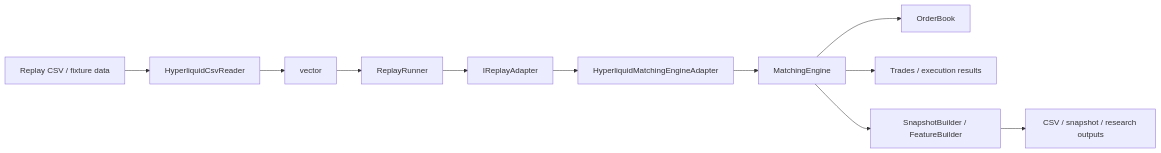
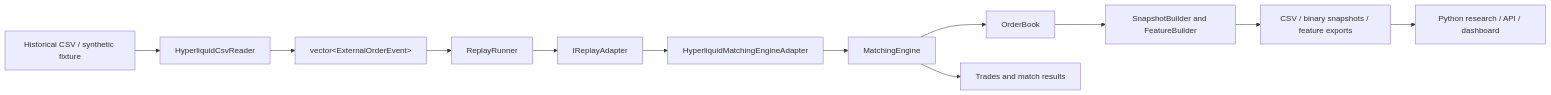
The first of 4 diagrams in docs/ARCHITECTURE.md (dong-quan-tran/Bookforge), drawn with Mermaid before and after one commit. The commit also changed other lines of this file, not shown here.

Commit message:
Align architecture docs with replay implementation

````diff
--- a/docs/ARCHITECTURE.md
+++ b/docs/ARCHITECTURE.md
@@ -30,13 +33,14 @@
 ```mermaid
 flowchart LR
-    A[Replay CSV / fixture data] --> B[HyperliquidCsvReader]
-    B --> C[vector<ExternalOrderEvent>]
+    A[Historical CSV / synthetic fixture] --> B[HyperliquidCsvReader]
+    B --> C[vector&lt;ExternalOrderEvent&gt;]
     C --> D[ReplayRunner]
     D --> E[IReplayAdapter]
     E --> F[HyperliquidMatchingEngineAdapter]
     F --> G[MatchingEngine]
     G --> H[OrderBook]
-    G --> I[Trades / execution results]
-    G --> J[SnapshotBuilder / FeatureBuilder]
-    J --> K[CSV / snapshot / research outputs]
+    G --> I[Trades and match results]
+    H --> J[SnapshotBuilder and FeatureBuilder]
+    J --> K[CSV / binary snapshots / feature exports]
+    K --> L[Python research / API / dashboard]
 ```
````
